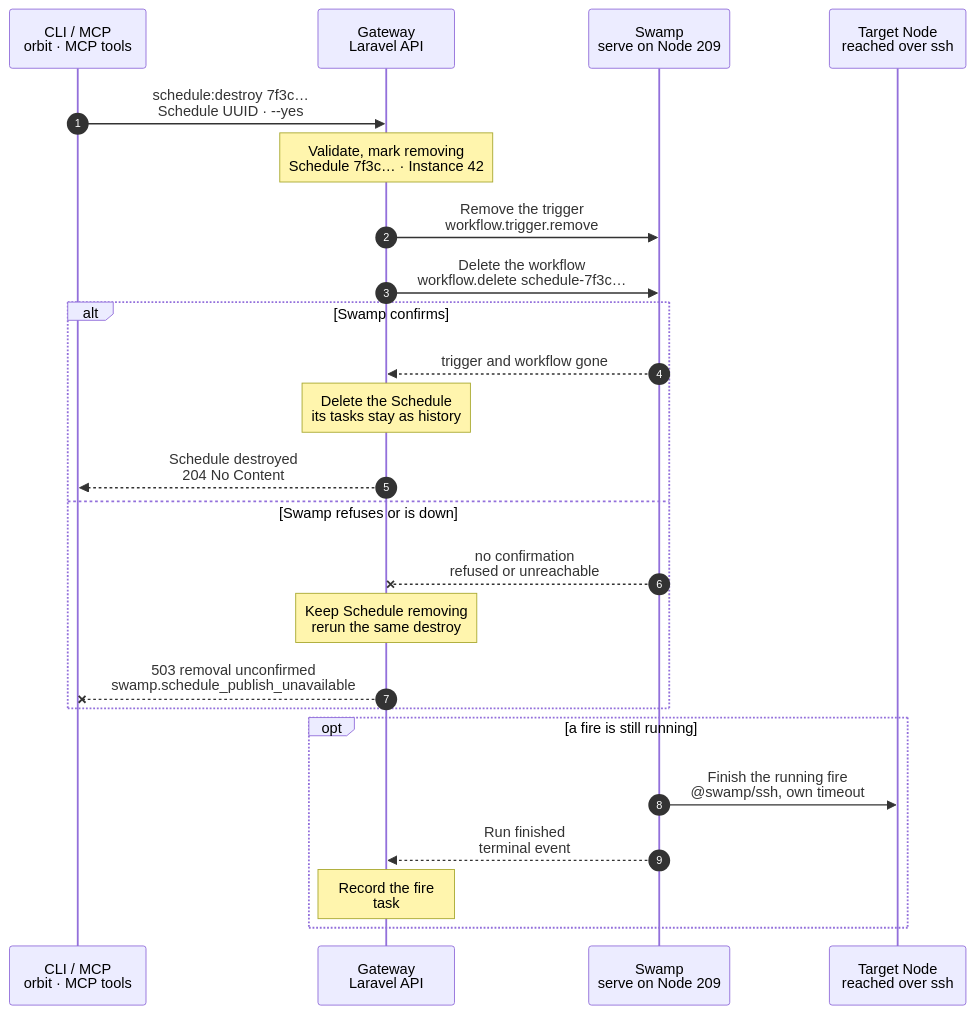
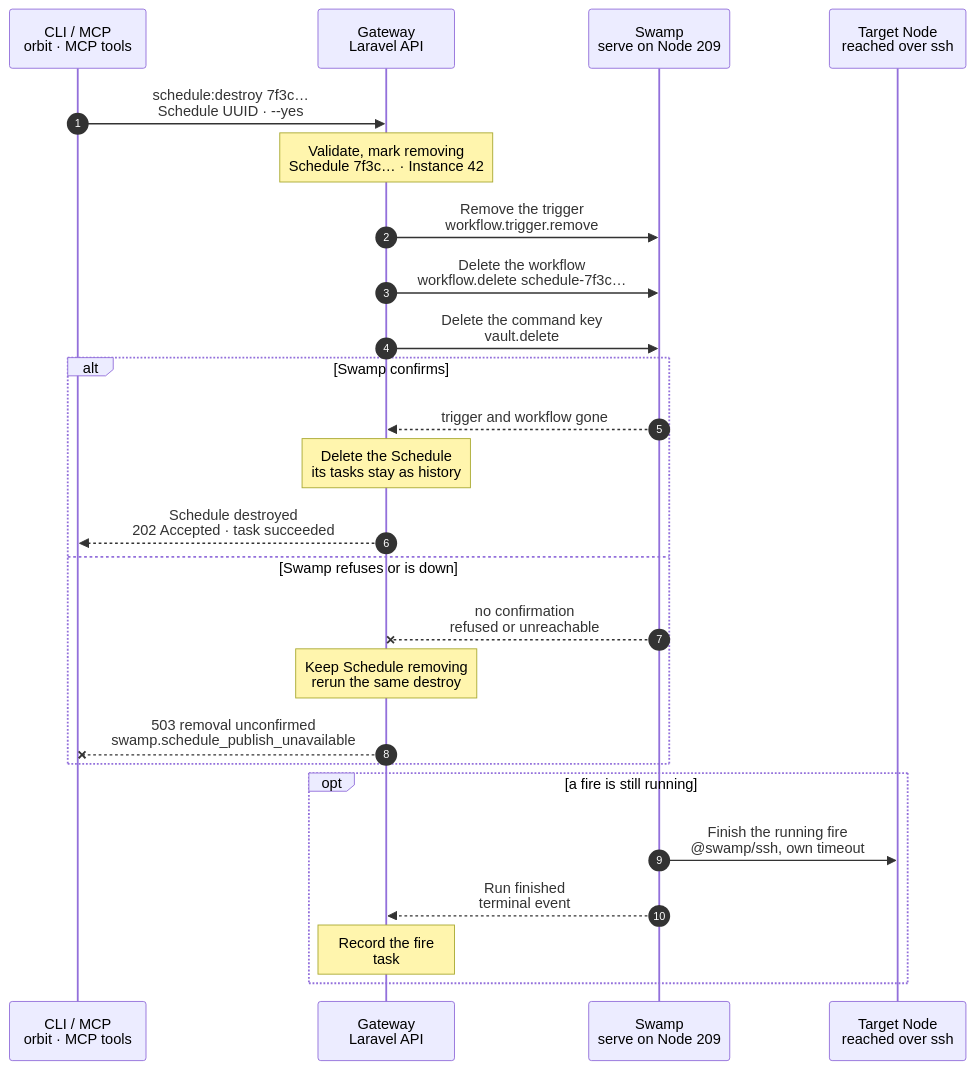
The diagram in docs/cli/schedule/destroy.mmd (hardimpactdev/orbit), drawn with Mermaid before and after one commit. The commit also changed 2 other files, not shown here.

Commit message:
test(schedules): prove destroy cleans up missing native resources and its command key

```diff
--- a/docs/cli/schedule/destroy.mmd
+++ b/docs/cli/schedule/destroy.mmd
@@ -1,83 +1,86 @@
 sequenceDiagram
   %% Target design: ADR 0244 native Swamp schedules, one Swamp workflow per Schedule (Nick 2026-11-02), nothing installed on Nodes; R1-R3.
-  %% status: draft
+  %% status: migrated
   %% command: schedule:destroy
   %% kind: schedule.destroy
   autonumber
   %% lane CLI icon=terminal pill=caller tone=gray
   %% lane GW icon=gateway pill=intent tone=blue
   %% lane SW icon=workflow pill=executes tone=green
   %% lane N icon=server pill=target tone=amber
   participant CLI as CLI / MCP<br/>orbit · MCP tools
   participant GW as Gateway<br/>Laravel API
   participant SW as Swamp<br/>serve on Node 209
   participant N as Target Node<br/>reached over ssh
   CLI->>GW: schedule:destroy 7f3c…<br/>Schedule UUID · --yes
   %%> Command:
   %%> - `orbit schedule:destroy 7f3c9a2e-41d0-4b8a-9c11-2f6e0d5b7a10 --yes`
   %%> - syntax: `<schedule> [--project=ID] [--yes] [--idempotency-key=KEY] [--json]`
   %%> Input:
   %%> - the UUID of the Schedule, or a definition name with `--project`
   %%> Confirmation:
   %%> - without `--yes`, the CLI asks first; the default is No
   %%> - without a terminal, or with `--json`, `--yes` is required
   %%> With `--project`:
   %%> - only the Project Schedule definition is deleted (R1); Instance copies stay
   Note over GW: Validate, mark removing<br/>Schedule 7f3c… · Instance 42
   %%> Requirements:
   %%> - your Node has an access grant to Node 12, which runs Instance 42
   %%> - Schedule 7f3c… exists; a failed or disabled Schedule can be destroyed too
   %%> Result:
   %%> - Schedule 7f3c… is marked removing; its trigger and workflow are removed next
   %%> - there is no Node work, so no run starts (R1)
   %%> Not refused:
   %%> - a running fire no longer blocks destroy; `schedule.run_active` is gone
   GW->>SW: Remove the trigger<br/>workflow.trigger.remove
   %%> What it does:
   %%> - removes the cron trigger of `schedule-7f3c…` from serve (Node 209); serve starts no new fire
   %%> - removing a trigger that is gone is safe, so a disabled Schedule takes the same path
   GW->>SW: Delete the workflow<br/>workflow.delete schedule-7f3c…
   %%> What it does:
   %%> - deletes the Schedule's own workflow from serve
   %%> - a fire that already started keeps running from its own copy
+  GW->>SW: Delete the command key<br/>vault.delete
+  %%> What it does:
+  %%> - deletes the Schedule command key after its trigger and workflow
   alt Swamp confirms
     SW-->>GW: trigger and workflow gone
     %%> Returns:
     %%> - serve starts no new fire for Schedule 7f3c…
     Note over GW: Delete the Schedule<br/>its tasks stay as history
     %%> Result:
     %%> - Schedule 7f3c…'s record is deleted
     %%> - its tasks stay, so past fires remain visible
     %%> - task #5141 is recorded as succeeded at once (R1)
     %%> Vault key:
     %%> - the command's vault key is deleted; a fire that already started read it when it began
-    GW-->>CLI: Schedule destroyed<br/>204 No Content
+    GW-->>CLI: Schedule destroyed<br/>202 Accepted · task succeeded
     %%> What you get:
     %%> - the result at once; there is nothing to follow
   else Swamp refuses or is down
     SW--xGW: no confirmation<br/>refused or unreachable
     %%> When:
     %%> - serve on 209 does not answer
     Note over GW: Keep Schedule removing<br/>rerun the same destroy
     %%> Result:
     %%> - Schedule 7f3c… stays recorded, marked removing
     %%> - the trigger or the workflow may still be set; a fire it starts still runs and is recorded as a task
     %%> Retry:
     %%> - run the same command again; removing a trigger or workflow that is gone is safe
     GW--xCLI: 503 removal unconfirmed<br/>swamp.schedule_publish_unavailable
     %%> Returns:
     %%> - the error code; the Schedule stays removing
   end
   opt a fire is still running
     SW->>N: Finish the running fire<br/>@swamp/ssh, own timeout
     %%> What it does:
     %%> - the fire that already started runs to its end, within the Schedule's timeout
     %%> Why:
     %%> - stopping a command halfway can leave the application in a worse state
     SW-->>GW: Run finished<br/>terminal event
     %%> How the Gateway learns it:
     %%> - its shared run reader sees the terminal event; Swamp never calls the Gateway
     Note over GW: Record the fire<br/>task #5139 · trigger: schedule
     %%> Result:
     %%> - the fire's task, recorded when it started, gets its result, although the Schedule is gone
   end
```
